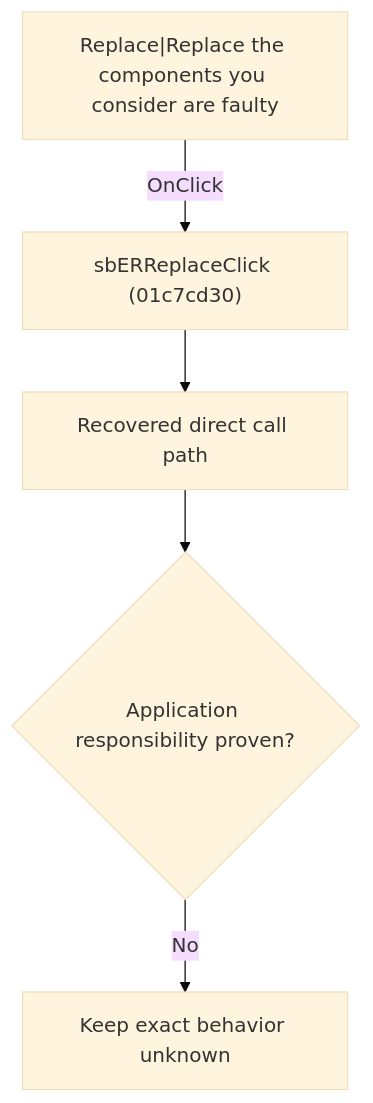
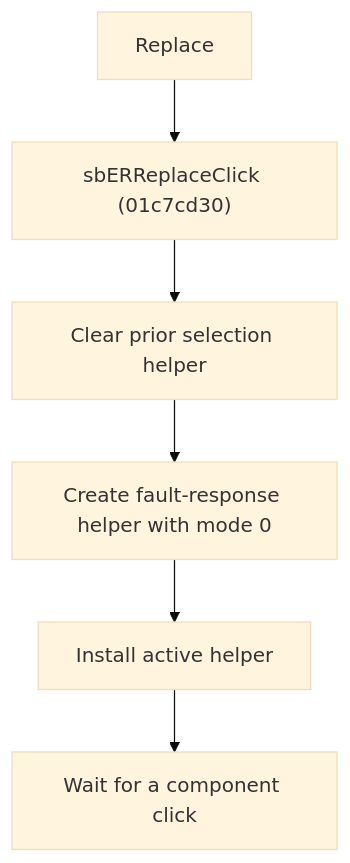
One commit to MovGP0/TIARA changed the diagram in docs/ui-controls/schematiceditor/sberreplace-6689ae880d.md. Above: the diagram before and after it, drawn with Mermaid (base theme). The commit also changed other lines of this file and 241 other files, not shown here.

````diff
--- a/docs/ui-controls/schematiceditor/sberreplace-6689ae880d.md
+++ b/docs/ui-controls/schematiceditor/sberreplace-6689ae880d.md
@@ -27,7 +20,8 @@
 ```mermaid
 flowchart TD
-    control["Replace|Replace the components you consider are faulty"] -->|"OnClick"| handler["sbERReplaceClick (01c7cd30)"]
-    handler --> recovered["Recovered direct call path"]
-    recovered --> gap{"Application responsibility proven?"}
-    gap -->|"No"| blocked["Keep exact behavior unknown"]
+    control["Replace"] --> handler["sbERReplaceClick (01c7cd30)"]
+    handler --> clear["Clear prior selection helper"]
+    clear --> create["Create fault-response helper with mode 0"]
+    create --> install["Install active helper"]
+    install --> wait["Wait for a component click"]
 ```
````
